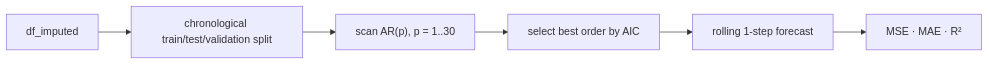
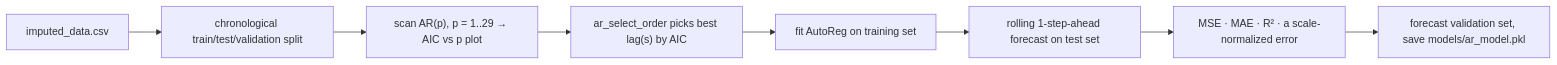
The third of 3 diagrams in README.md (lambda-cast/TimeSeriesForcasting), drawn with Mermaid before and after one commit. The commit also changed other lines of this file and 1 other file, not shown here.

````diff
--- a/README.md
+++ b/README.md
@@ -112,8 +160,10 @@
 ```mermaid
 flowchart LR
-    A["df_imputed"] --> B["chronological train/test/validation split"]
-    B --> C["scan AR(p), p = 1..30"]
-    C --> D["select best order by AIC"]
-    D --> E["rolling 1-step forecast"]
-    E --> F["MSE · MAE · R²"]
+    A["imputed_data.csv"] --> B["chronological train/test/validation split"]
+    B --> C["scan AR(p), p = 1..29 → AIC vs p plot"]
+    C --> D["ar_select_order picks best lag(s) by AIC"]
+    D --> E["fit AutoReg on training set"]
+    E --> F["rolling 1-step-ahead forecast on test set"]
+    F --> G["MSE · MAE · R² · a scale-normalized error"]
+    G --> H["forecast validation set, save models/ar_model.pkl"]
 ```
````
